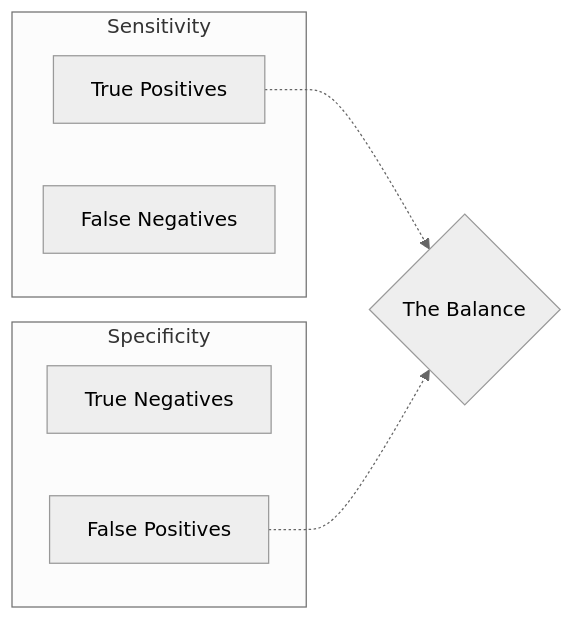
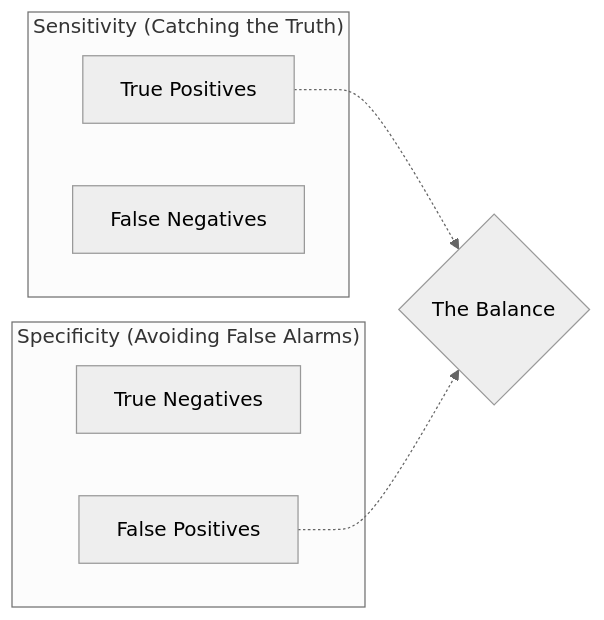
Before and after one commit to susanavenda/data_cambridge: diagram 12 of 12 in README.md, drawn with Mermaid (neutral theme). The commit also changed other lines of this file, not shown here.

````diff
--- a/README.md
+++ b/README.md
@@ -248,14 +236,14 @@
 ```mermaid
 graph LR
-    subgraph "Sensitivity"
+    subgraph "Sensitivity (Catching the Truth)"
     TP[True Positives]
     FN[False Negatives]
     end
-    subgraph "Specificity"
+    subgraph "Specificity (Avoiding False Alarms)"
     TN[True Negatives]
     FP[False Positives]
     end
     TP -.-> Tradeoff{The Balance}
     FP -.-> Tradeoff
 
 ```
````
